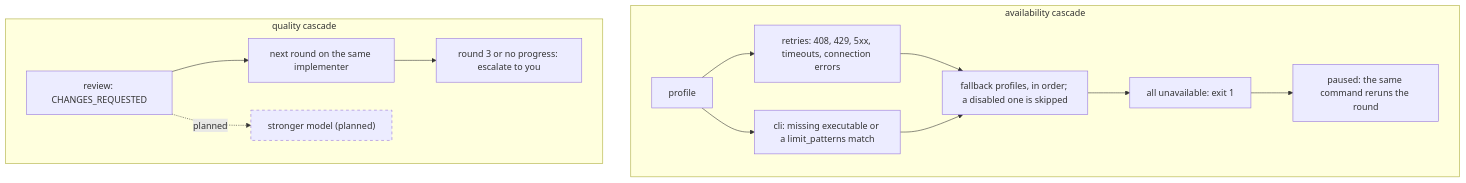
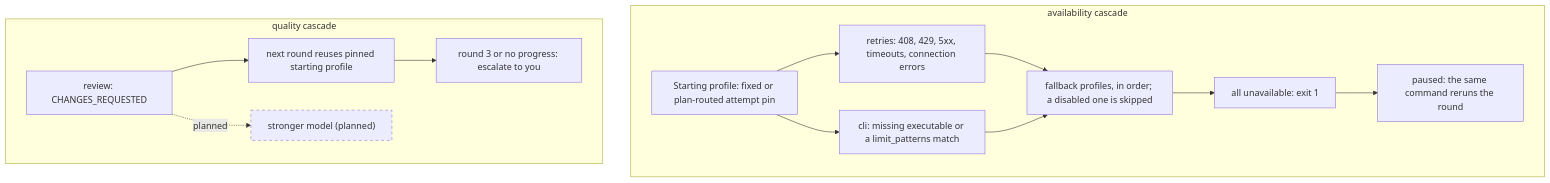
The second of 3 diagrams in docs/task-flow/external-implementer.md (jakos/claude-baseline), drawn with Mermaid before and after one commit. The commit also changed other lines of this file and 25 other files, not shown here.

First line of the commit message:
feat(task-flow): choose the implementer per task by plan size

````diff
--- a/docs/task-flow/external-implementer.md
+++ b/docs/task-flow/external-implementer.md
@@ -113,28 +113,28 @@
 ```mermaid
 flowchart TD
   subgraph avail["availability cascade"]
-    prof["profile"]
+    prof["Starting profile: fixed or plan-routed attempt pin"]
     retries["retries: 408, 429, 5xx, timeouts, connection errors"]
     climiss["cli: missing executable or a limit_patterns match"]
     fb["fallback profiles, in order; a disabled one is skipped"]
     unavail["all unavailable: exit 1"]
     paused["paused: the same command reruns the round"]
     prof --> retries
     prof --> climiss
     retries --> fb
     climiss --> fb
     fb --> unavail
     unavail --> paused
   end
   subgraph qual["quality cascade"]
     review["review: CHANGES_REQUESTED"]
-    next["next round on the same implementer"]
+    next["next round reuses pinned starting profile"]
     esc["round 3 or no progress: escalate to you"]
     strong["stronger model (planned)"]
     review --> next
     next --> esc
     review -.->|"planned"| strong
   end
   classDef planned stroke-dasharray: 5 5
   class strong planned
 ```
````
